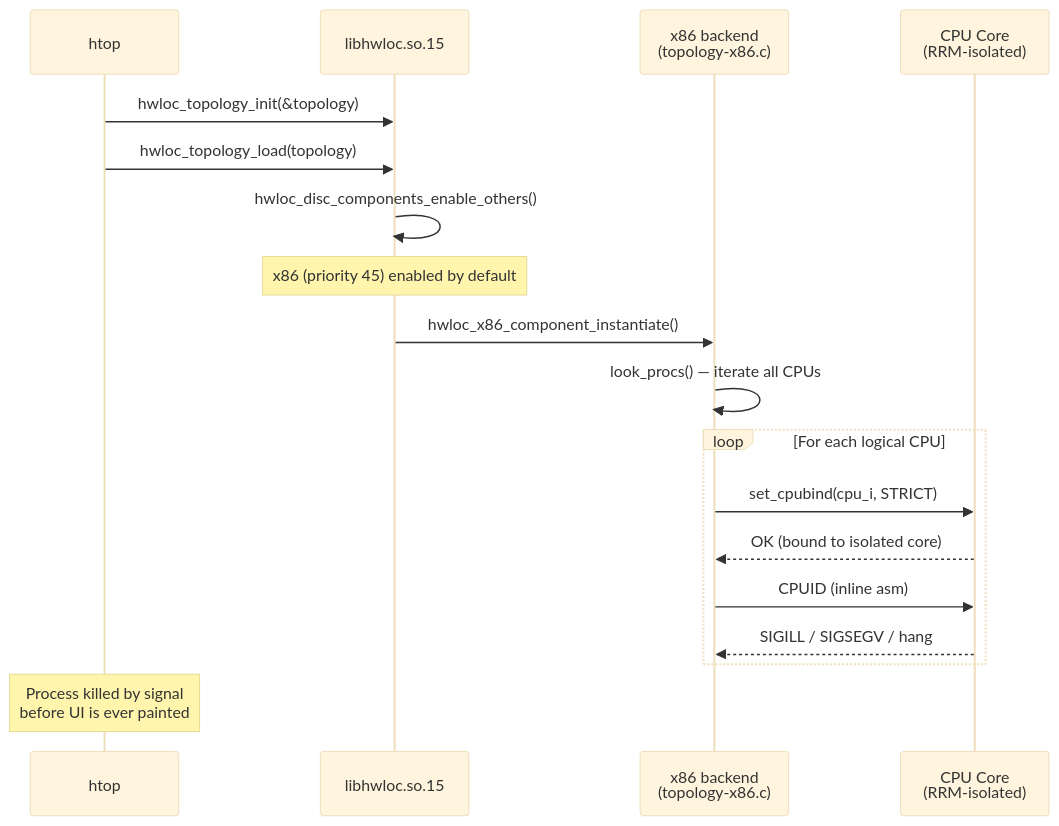
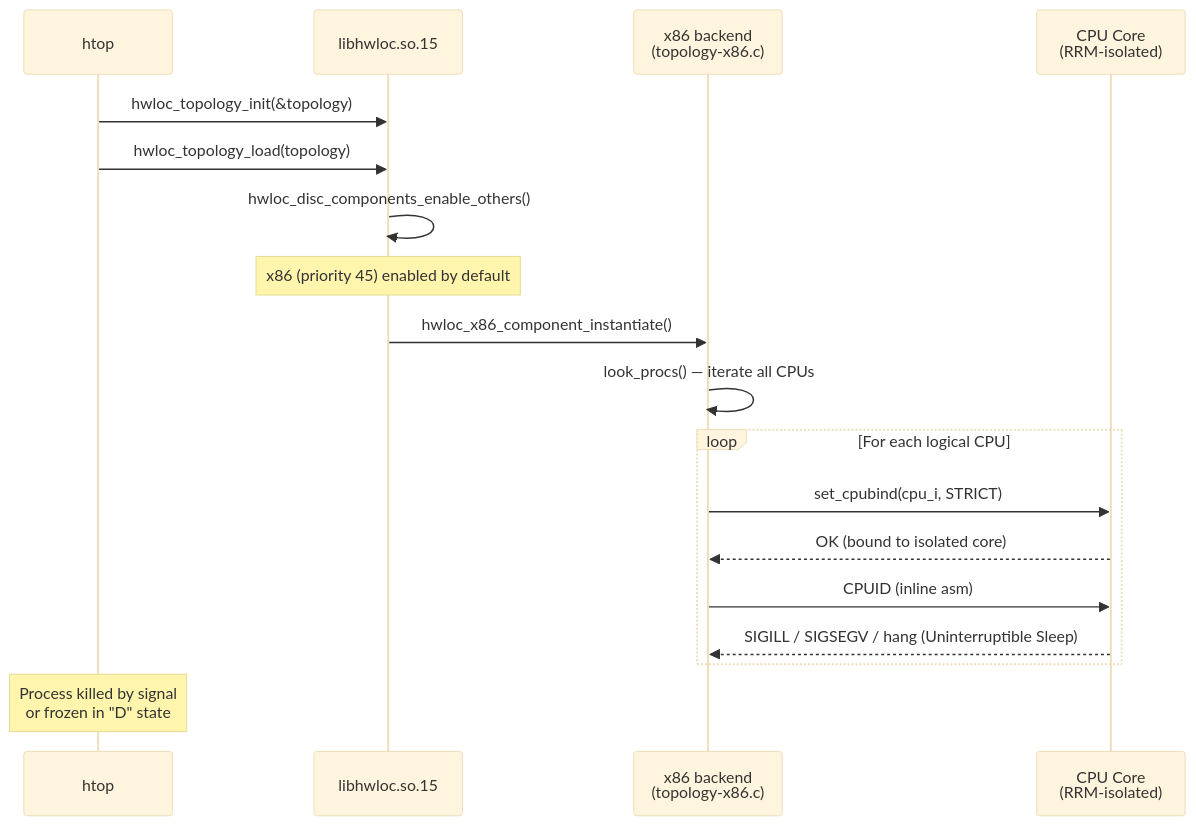
One commit to graycoldknight/LLTI changed the second of 3 diagrams in Orderbook/htop_hwloc_redlineRRM_story.md. Above: the diagram before and after it, drawn with Mermaid (base theme). The commit also changed other lines of this file, not shown here.

````diff
--- a/Orderbook/htop_hwloc_redlineRRM_story.md
+++ b/Orderbook/htop_hwloc_redlineRRM_story.md
@@ -104,23 +117,23 @@
 ```mermaid
 sequenceDiagram
     participant htop
     participant hwloc as libhwloc.so.15
     participant x86 as x86 backend<br>(topology-x86.c)
     participant cpu as CPU Core<br>(RRM-isolated)
 
     htop->>hwloc: hwloc_topology_init(&topology)
     htop->>hwloc: hwloc_topology_load(topology)
     hwloc->>hwloc: hwloc_disc_components_enable_others()
     Note over hwloc: x86 (priority 45) enabled by default
     hwloc->>x86: hwloc_x86_component_instantiate()
     x86->>x86: look_procs() — iterate all CPUs
 
     loop For each logical CPU
         x86->>cpu: set_cpubind(cpu_i, STRICT)
         cpu-->>x86: OK (bound to isolated core)
         x86->>cpu: CPUID (inline asm)
-        cpu-->>x86: SIGILL / SIGSEGV / hang
+        cpu-->>x86: SIGILL / SIGSEGV / hang (Uninterruptible Sleep)
     end
 
-    Note over htop: Process killed by signal<br>before UI is ever painted
+    Note over htop: Process killed by signal<br>or frozen in "D" state
 ```
````
